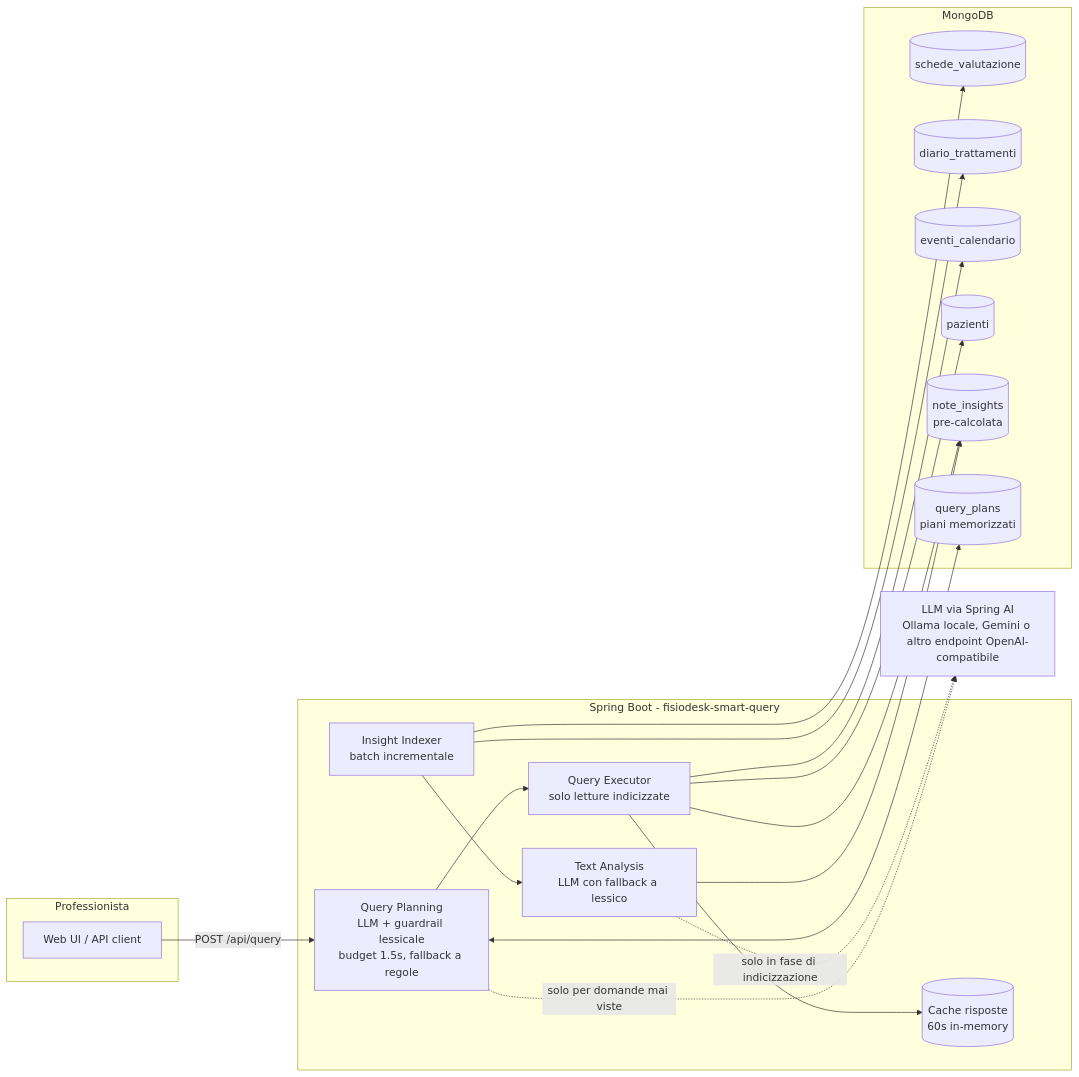
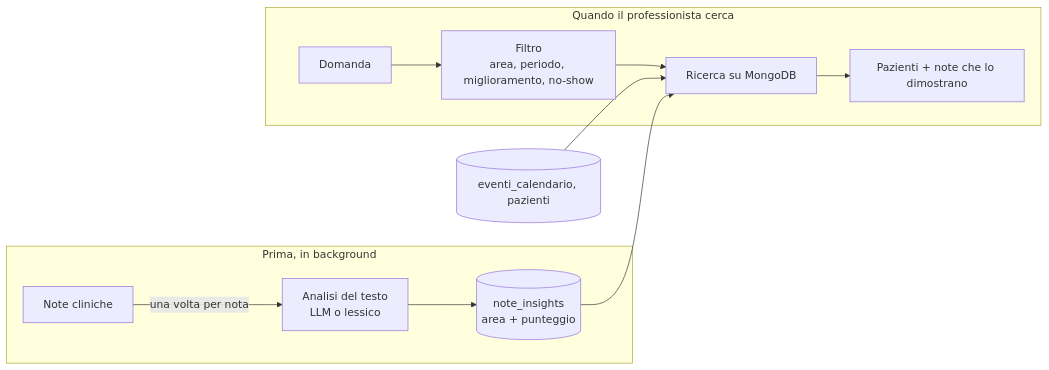
Before and after one commit to simplayy/fisiodesk-ai-healthcare-assignment: the diagram in README.md, drawn with Mermaid. The commit also changed 1 other file, not shown here.

Commit message:
Simpler diagram in the README, detailed one in the design notes

````diff
--- a/README.md
+++ b/README.md
@@ -54,38 +54,11 @@
 ```mermaid
 flowchart LR
-    subgraph client [Professionista]
-        UI[Web UI / API client]
+    subgraph prima [Prima, in background]
+        N[Note cliniche] -->|"una volta per nota"| A[Analisi del testo<br/>LLM o lessico] --> I[(note_insights<br/>area + punteggio)]
     end
-
-    subgraph app [Spring Boot - fisiodesk-smart-query]
-        QP[Query Planning<br/>LLM + guardrail lessicale<br/>budget 1.5s, fallback a regole]
-        EX[Query Executor<br/>solo letture indicizzate]
-        CACHE[(Cache risposte<br/>60s in-memory)]
-        IDX[Insight Indexer<br/>batch incrementale]
-        AN[Text Analysis<br/>LLM con fallback a lessico]
+    subgraph dopo [Quando il professionista cerca]
+        D[Domanda] --> F[Filtro<br/>area, periodo, miglioramento, no-show] --> R[Ricerca su MongoDB] --> P[Pazienti + note che lo dimostrano]
     end
-
-    subgraph mongo [MongoDB]
-        SV[(schede_valutazione)]
-        DT[(diario_trattamenti)]
-        EC[(eventi_calendario)]
-        PZ[(pazienti)]
-        NI[(note_insights<br/>pre-calcolata)]
-        QPL[(query_plans<br/>piani memorizzati)]
-    end
-
-    LLM[LLM via Spring AI<br/>Ollama locale, Gemini o altro endpoint OpenAI-compatibile]
-
-    UI -->|POST /api/query| QP --> EX
-    QP <--> QPL
-    EX --> CACHE
-    EX --> NI
-    EX --> EC
-    EX --> PZ
-    IDX --> SV
-    IDX --> DT
-    IDX --> AN
-    AN -.->|solo in fase di indicizzazione| LLM
-    QP -.->|solo per domande mai viste| LLM
-    AN --> NI
+    I --> R
+    C[(eventi_calendario, pazienti)] --> R
 ```
````
